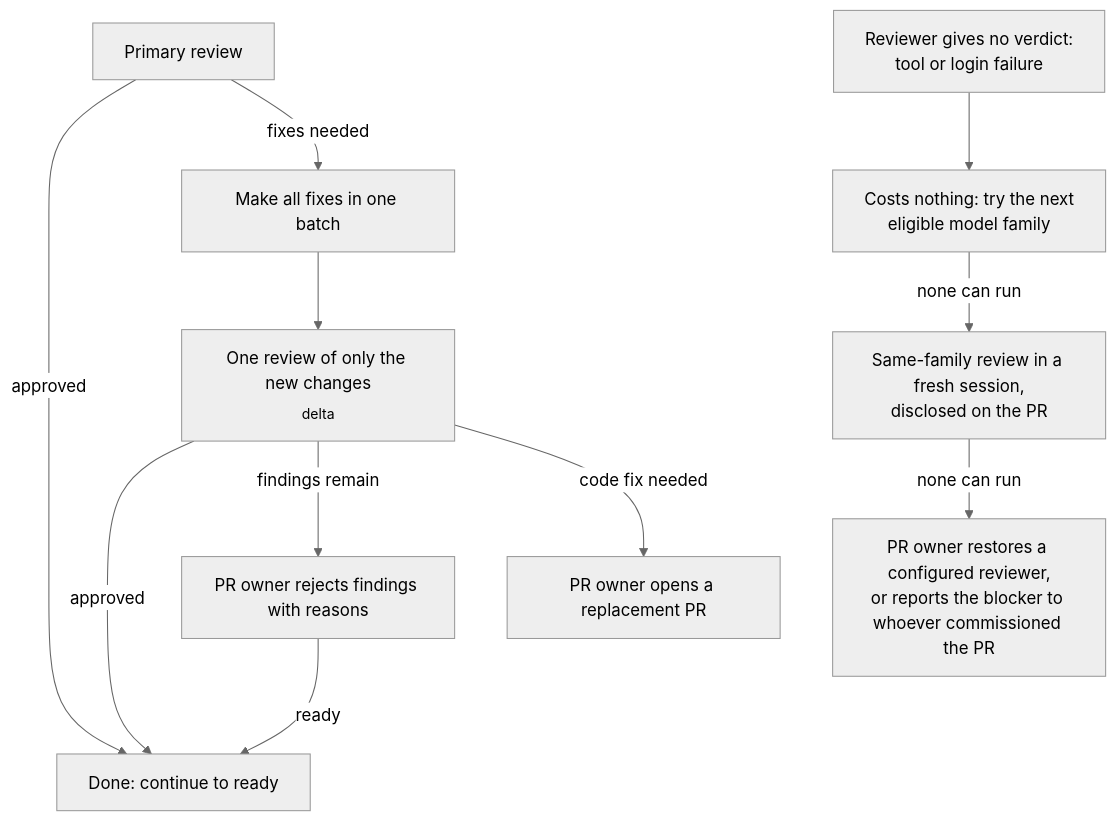
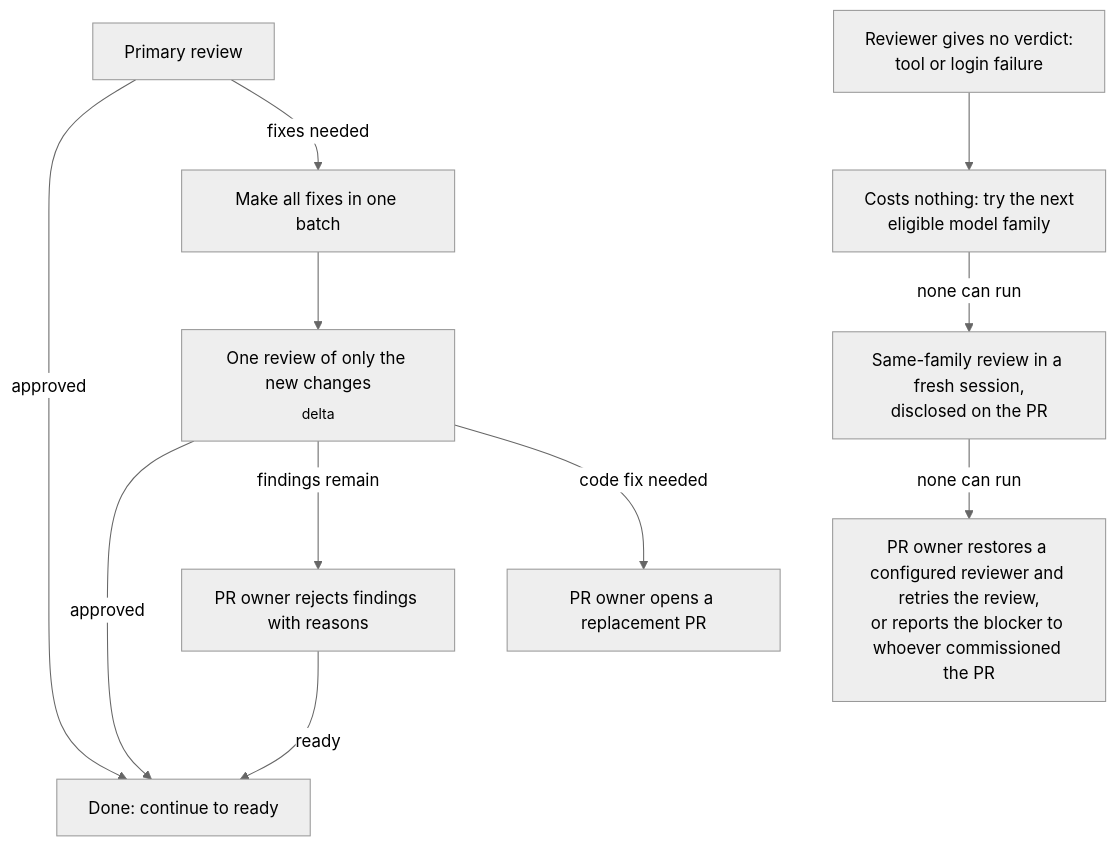
Before and after one commit to feder-positronics/loop-zero: the second of 3 diagrams in docs/WORKFLOW.md, drawn with Mermaid (neutral theme). The commit also changed 1 other file, not shown here.

Commit message:
Address primary review: retry in the diagram; own message for an ineligible repost
Refs #1992

Architecture-Review: unchanged; error message wording only, no exit code or boundary changes

````diff
--- a/docs/WORKFLOW.md
+++ b/docs/WORKFLOW.md
@@ -38,13 +38,13 @@
 ```mermaid
 flowchart TD
     A["Primary review"] -->|approved| Z["Done: continue to ready"]
     A -->|fixes needed| B["Make all fixes in one batch"]
     B --> C["One review of only the new changes<br/><sub>delta</sub>"]
     C -->|approved| Z
     C -->|findings remain| D["PR owner rejects findings with reasons"]
     D -->|ready| Z
     C -->|code fix needed| E["PR owner opens a replacement PR"]
     G["Reviewer gives no verdict:<br/>tool or login failure"] --> H["Costs nothing: try the next<br/>eligible model family"]
     H -->|none can run| J["Same-family review in a fresh session,<br/>disclosed on the PR"]
-    J -->|none can run| I["PR owner restores a configured reviewer,<br/>or reports the blocker to whoever commissioned the PR"]
+    J -->|none can run| I["PR owner restores a configured reviewer and retries the review,<br/>or reports the blocker to whoever commissioned the PR"]
 ```
````
